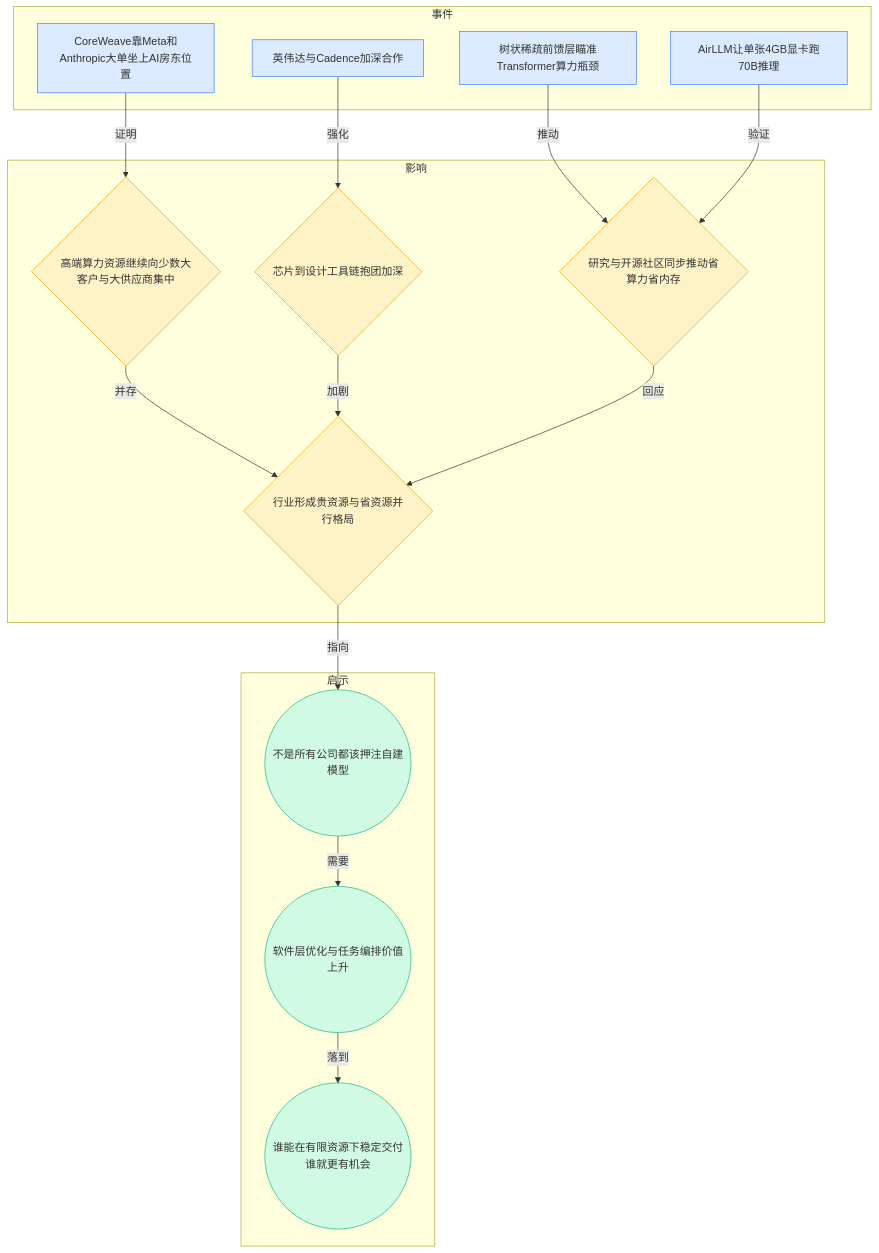
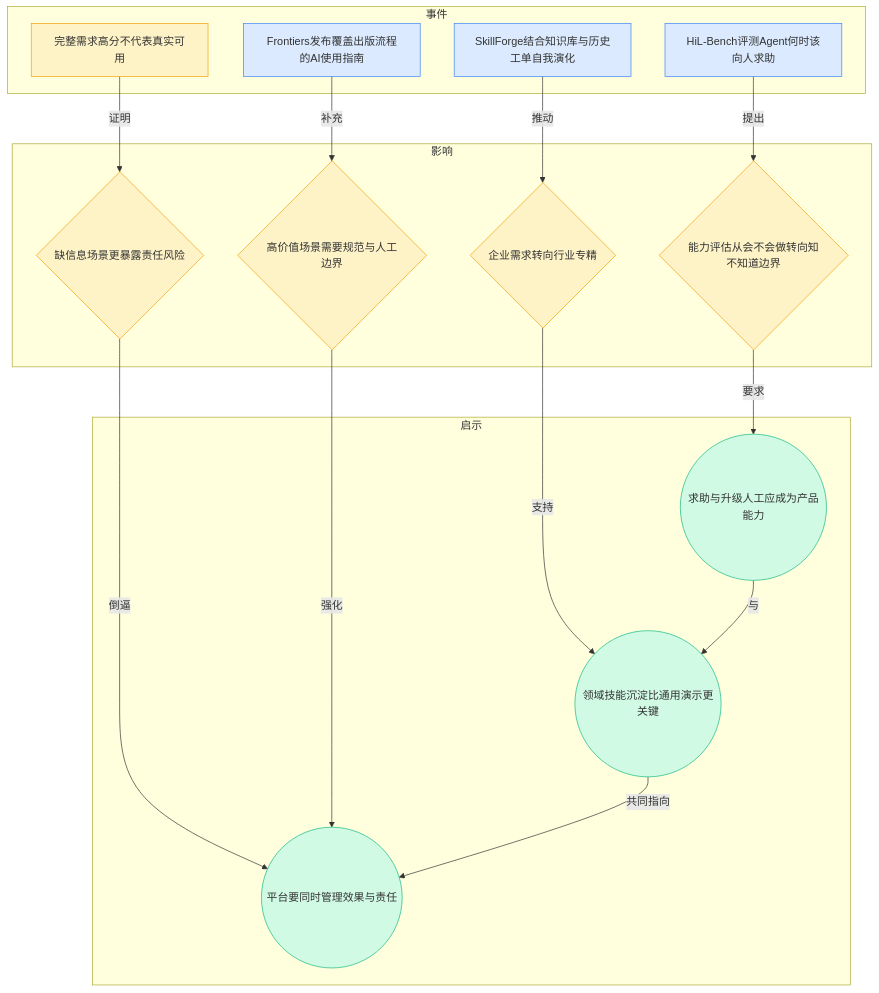
The sixth of 8 diagrams in content/cn/blog/weekly/2026-W16.md (ylzsdafei/ai-daily-site), drawn with Mermaid before and after one commit. The commit also changed other lines of this file and 1 other file, not shown here.

Commit message:
feat: 宏观趋势加详细图谱折叠

````diff
--- a/content/cn/blog/weekly/2026-W16.md
+++ b/content/cn/blog/weekly/2026-W16.md
@@ -162,36 +154,36 @@
 ```mermaid
 graph TD
 subgraph 事件
-A[CoreWeave靠Meta和Anthropic大单坐上AI房东位置]
-B[英伟达与Cadence加深合作]
-C[树状稀疏前馈层瞄准Transformer算力瓶颈]
-D[AirLLM让单张4GB显卡跑70B推理]
+E1[HiL-Bench评测Agent何时该向人求助]
+E2[完整需求高分不代表真实可用]
+E3[SkillForge结合知识库与历史工单自我演化]
+E4[Frontiers发布覆盖出版流程的AI使用指南]
 end
 subgraph 影响
-E{高端算力资源继续向少数大客户与大供应商集中}
-F{芯片到设计工具链抱团加深}
-G{研究与开源社区同步推动省算力省内存}
-H{行业形成贵资源与省资源并行格局}
+I1{能力评估从会不会做转向知不知道边界}
+I2{缺信息场景更暴露责任风险}
+I3{企业需求转向行业专精}
+I4{高价值场景需要规范与人工边界}
 end
 subgraph 启示
-I((不是所有公司都该押注自建模型))
-J((软件层优化与任务编排价值上升))
-K((谁能在有限资源下稳定交付谁就更有机会))
+T1((求助与升级人工应成为产品能力))
+T2((领域技能沉淀比通用演示更关键))
+T3((平台要同时管理效果与责任))
 end
-A -->|证明| E
-B -->|强化| F
-C -->|推动| G
-D -->|验证| G
-E -->|并存| H
-F -->|加剧| H
-G -->|回应| H
-H -->|指向| I
-I -->|需要| J
-J -->|落到| K
+E1 -->|提出| I1
+E2 -->|证明| I2
+E3 -->|推动| I3
+E4 -->|补充| I4
+I1 -->|要求| T1
+I2 -->|倒逼| T3
+I3 -->|支持| T2
+I4 -->|强化| T3
+T1 -->|与| T2
+T2 -->|共同指向| T3
 classDef blue fill:#dbeafe,stroke:#3b82f6
 classDef yellow fill:#fef3c7,stroke:#f59e0b
 classDef green fill:#d1fae5,stroke:#10b981
-class A,B,C,D blue
-class E,F,G,H yellow
-class I,J,K green
+class E1,E3,E4 blue
+class E2,I1,I2,I3,I4 yellow
+class T1,T2,T3 green
 ```
````
